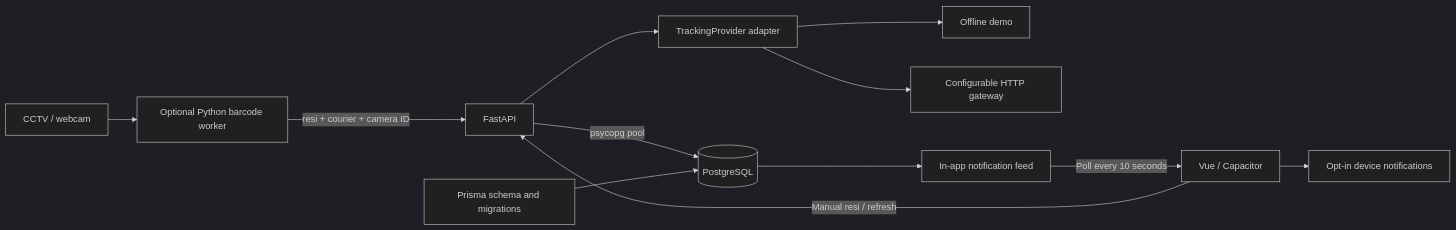
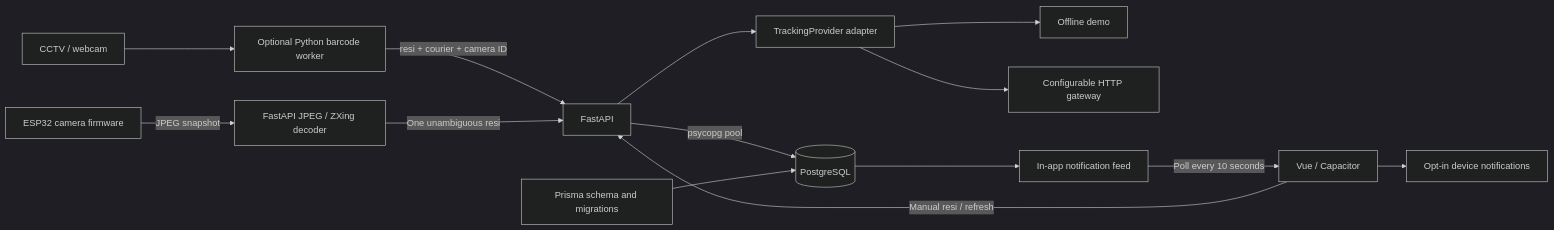
Before and after one commit to ahmadnaufal-f/cekrir: the diagram in docs/architecture.md, drawn with Mermaid (dark theme). The commit also changed other lines of this file and 20 other files, not shown here.

Commit message:
feat: add ESP32 camera scanner and JPEG barcode ingestion

````diff
--- a/docs/architecture.md
+++ b/docs/architecture.md
@@ -5,14 +5,16 @@
 ```mermaid
 flowchart LR
   Camera[CCTV / webcam] --> Scanner[Optional Python barcode worker]
   Scanner -->|resi + courier + camera ID| API[FastAPI]
+  ESP32[ESP32 camera firmware] -->|JPEG snapshot| Decoder[FastAPI JPEG / ZXing decoder]
+  Decoder -->|One unambiguous resi| API
   UI[Vue / Capacitor] -->|Manual resi / refresh| API
   API --> Provider[TrackingProvider adapter]
   Provider --> Demo[Offline demo]
   Provider --> Gateway[Configurable HTTP gateway]
   API -->|psycopg pool| DB[(PostgreSQL)]
   Prisma[Prisma schema and migrations] --> DB
   DB --> Feed[In-app notification feed]
   Feed -->|Poll every 10 seconds| UI
   UI --> Alerts[Opt-in device notifications]
 ```
````
